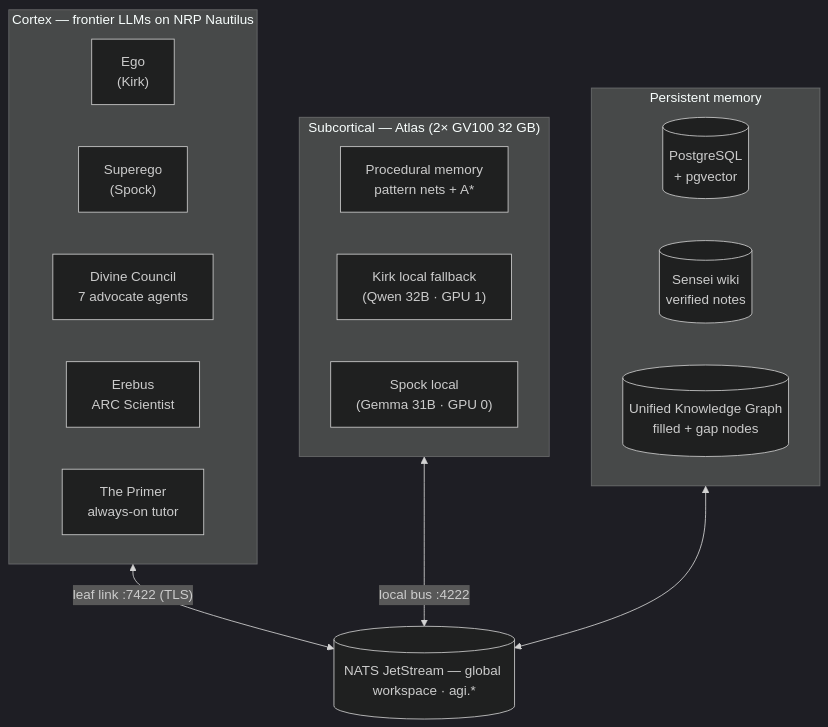
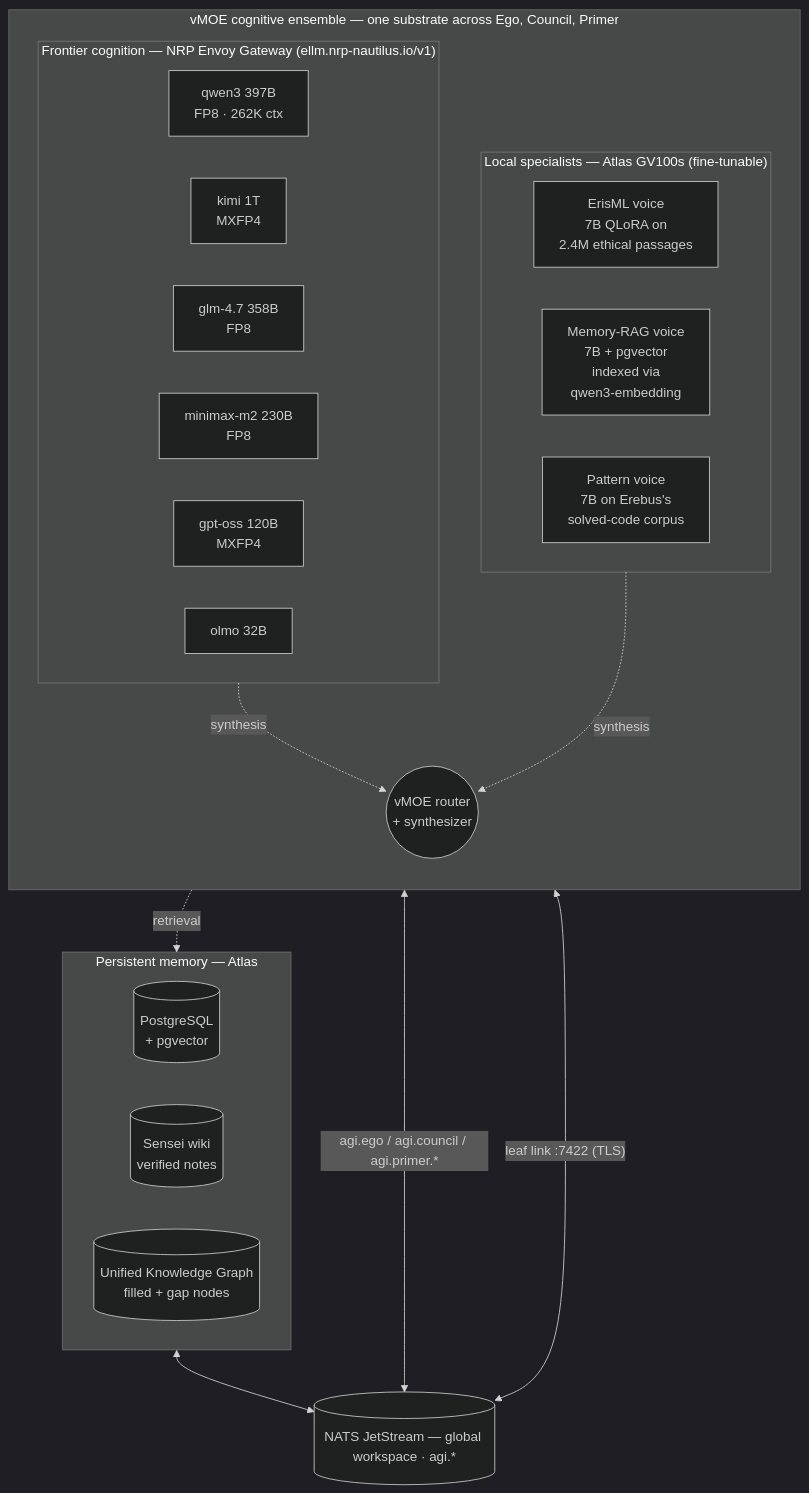
The first of 5 diagrams in README.md (ahb-sjsu/agi-hpc), drawn with Mermaid (dark theme) before and after one commit. The commit also changed other lines of this file and 1 other file, not shown here.

````diff
--- a/README.md
+++ b/README.md
@@ -29,27 +31,34 @@
 ```mermaid
 flowchart TB
-  subgraph Cortex["Cortex — frontier LLMs on NRP Nautilus"]
-    direction LR
-    Ego["Ego<br/>(Kirk)"]
-    Super["Superego<br/>(Spock)"]
-    Council["Divine Council<br/>7 advocate agents"]
-    Sci["Erebus<br/>ARC Scientist"]
-    Prim["The Primer<br/>always-on tutor"]
+  subgraph Ensemble["vMOE cognitive ensemble — one substrate across Ego, Council, Primer"]
+    direction TB
+    subgraph Frontier["Frontier cognition — NRP Envoy Gateway (ellm.nrp-nautilus.io/v1)"]
+      direction LR
+      Qwen["qwen3 397B<br/>FP8 · 262K ctx"]
+      Kimi["kimi 1T<br/>MXFP4"]
+      GLM["glm-4.7 358B<br/>FP8"]
+      MM["minimax-m2 230B<br/>FP8"]
+      GPTOSS["gpt-oss 120B<br/>MXFP4"]
+      OLMO["olmo 32B"]
+    end
+    subgraph Local["Local specialists — Atlas GV100s (fine-tunable)"]
+      direction LR
+      Eth["ErisML voice<br/>7B QLoRA on<br/>2.4M ethical passages"]
+      MemV["Memory-RAG voice<br/>7B + pgvector<br/>indexed via<br/>qwen3-embedding"]
+      Pat["Pattern voice<br/>7B on Erebus's<br/>solved-code corpus"]
+    end
+    Frontier -. synthesis .-> Router(("vMOE router<br/>+ synthesizer"))
+    Local -. synthesis .-> Router
   end
   NATS[("NATS JetStream — global workspace · agi.*")]
-  subgraph Sub["Subcortical — Atlas (2× GV100 32 GB)"]
-    direction LR
-    Proc["Procedural memory<br/>pattern nets + A*"]
-    Kirkloc["Kirk local fallback<br/>(Qwen 32B · GPU 1)"]
-    Spocloc["Spock local<br/>(Gemma 31B · GPU 0)"]
-  end
-  subgraph Mem["Persistent memory"]
+  subgraph Mem["Persistent memory — Atlas"]
     direction LR
     PG[("PostgreSQL<br/>+ pgvector")]
     Wiki[("Sensei wiki<br/>verified notes")]
     UKG[("Unified Knowledge Graph<br/>filled + gap nodes")]
   end
-  Cortex <-->|"leaf link :7422 (TLS)"| NATS
-  Sub <-->|"local bus :4222"| NATS
+  Router <-->|"agi.ego / agi.council / agi.primer.*"| NATS
+  Frontier <-->|"leaf link :7422 (TLS)"| NATS
+  MemV -. retrieval .-> Mem
   Mem <--> NATS
 ```
````
